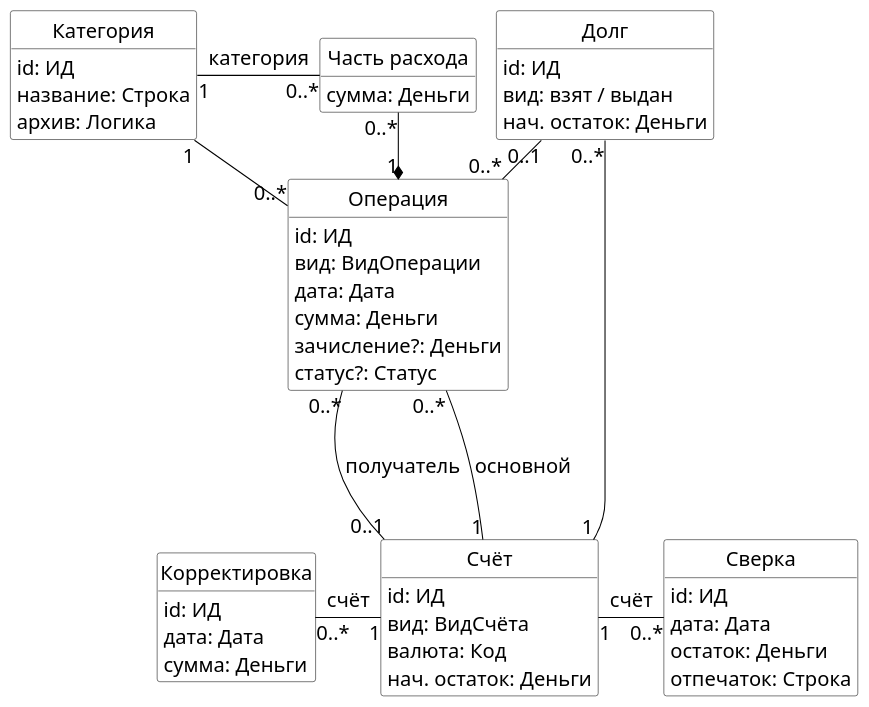
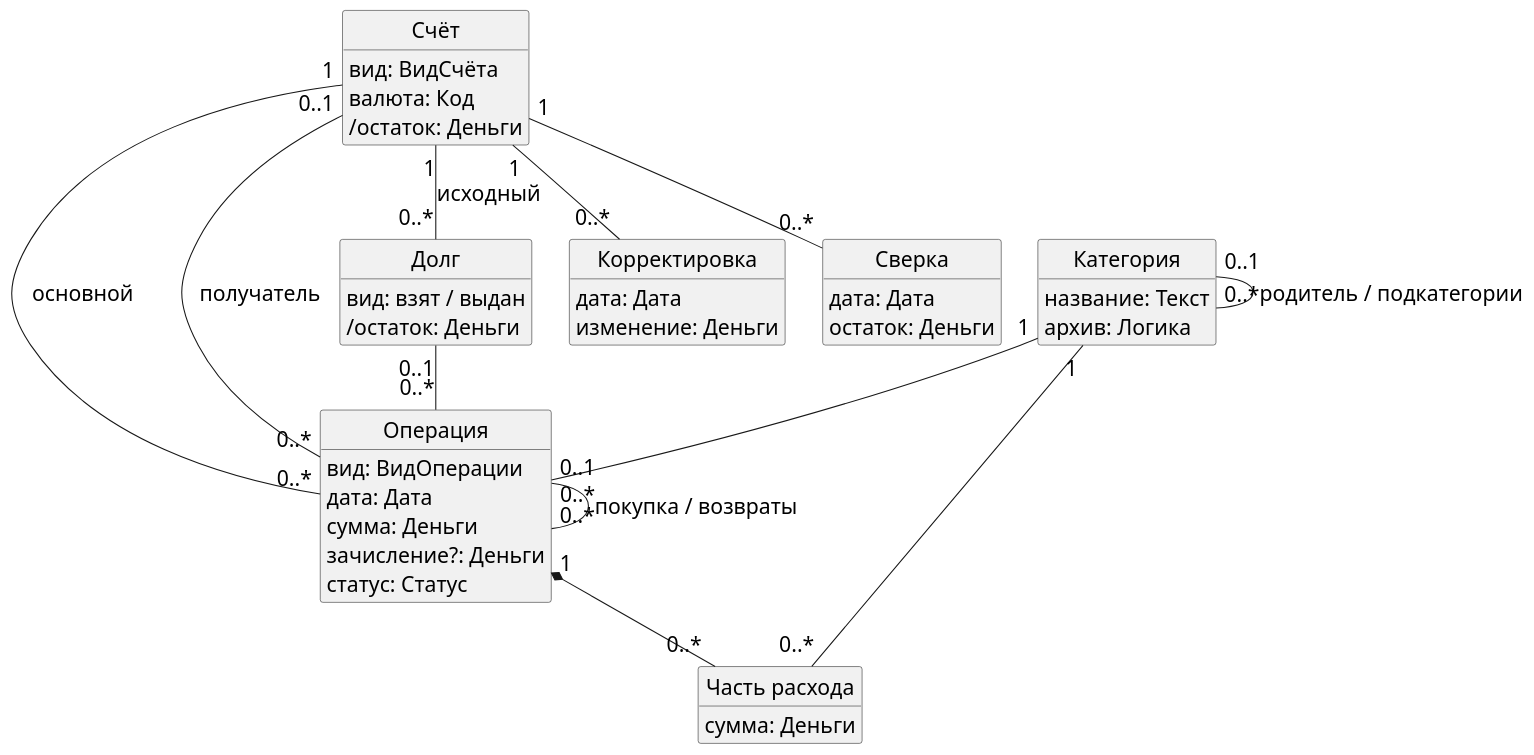
One commit to Tiroras/lad-finance changed the diagram in output/thesis/figures/08-domain-ledger.puml. Above: the diagram before and after it, drawn with PlantUML. The commit also changed 23 other files, not shown here.

```diff
--- a/output/thesis/figures/08-domain-ledger.puml
+++ b/output/thesis/figures/08-domain-ledger.puml
@@ -1,70 +1,51 @@
 @startuml
-!pragma layout smetana
 skinparam backgroundColor white
 skinparam shadowing false
 skinparam defaultFontName Arial
-skinparam defaultFontSize 19
-skinparam classFontSize 20
-skinparam classAttributeFontSize 19
-skinparam ArrowFontSize 19
-skinparam classBackgroundColor white
-skinparam classBorderColor black
-skinparam ArrowColor black
+skinparam defaultFontSize 20
 skinparam classAttributeIconSize 0
-skinparam nodesep 40
-skinparam ranksep 25
 hide circle
 hide methods
-
+class "Счёт" as Account {
+  вид: ВидСчёта
+  валюта: Код
+  /остаток: Деньги
+}
+class "Операция" as Transaction {
+  вид: ВидОперации
+  дата: Дата
+  сумма: Деньги
+  зачисление?: Деньги
+  статус: Статус
+}
 class "Категория" as Category {
-  id: ИД
-  название: Строка
+  название: Текст
   архив: Логика
 }
 class "Часть расхода" as Split {
   сумма: Деньги
 }
 class "Долг" as Debt {
-  id: ИД
   вид: взят / выдан
-  нач. остаток: Деньги
-}
-class "Операция" as Transaction {
-  id: ИД
-  вид: ВидОперации
-  дата: Дата
-  сумма: Деньги
-  зачисление?: Деньги
-  статус?: Статус
-}
-class "Счёт" as Account {
-  id: ИД
-  вид: ВидСчёта
-  валюта: Код
-  нач. остаток: Деньги
+  /остаток: Деньги
 }
 class "Корректировка" as Adjustment {
-  id: ИД
   дата: Дата
-  сумма: Деньги
+  изменение: Деньги
 }
 class "Сверка" as Reconciliation {
-  id: ИД
   дата: Дата
   остаток: Деньги
-  отпечаток: Строка
 }
-
-Category -[hidden]right- Split
-Split -[hidden]right- Debt
+Account "1" -- "0..*" Transaction : основной
+Account "0..1" -- "0..*" Transaction : получатель
 Category "1" -- "0..*" Transaction
-Category "1" --right-- "0..*" Split : категория
-Transaction "1" *-up- "0..*" Split
+Transaction "1" *-- "0..*" Split
+Category "1" -- "0..*" Split
+Account "1" -- "0..*" Debt : исходный
 Debt "0..1" -- "0..*" Transaction
-Account "1" --up-- "0..*" Transaction : основной
-Account "0..1" --up-- "0..*" Transaction : получатель
-Account "1" -- "0..*" Debt
-Account "1" --left-- "0..*" Adjustment : счёт
-Account "1" --right-- "0..*" Reconciliation : счёт
-
+Account "1" -- "0..*" Adjustment
+Account "1" -- "0..*" Reconciliation
+Category "0..1" -- "0..*" Category : родитель / подкатегории
+Transaction "0..1" -- "0..*" Transaction : покупка / возвраты
 @enduml
```
